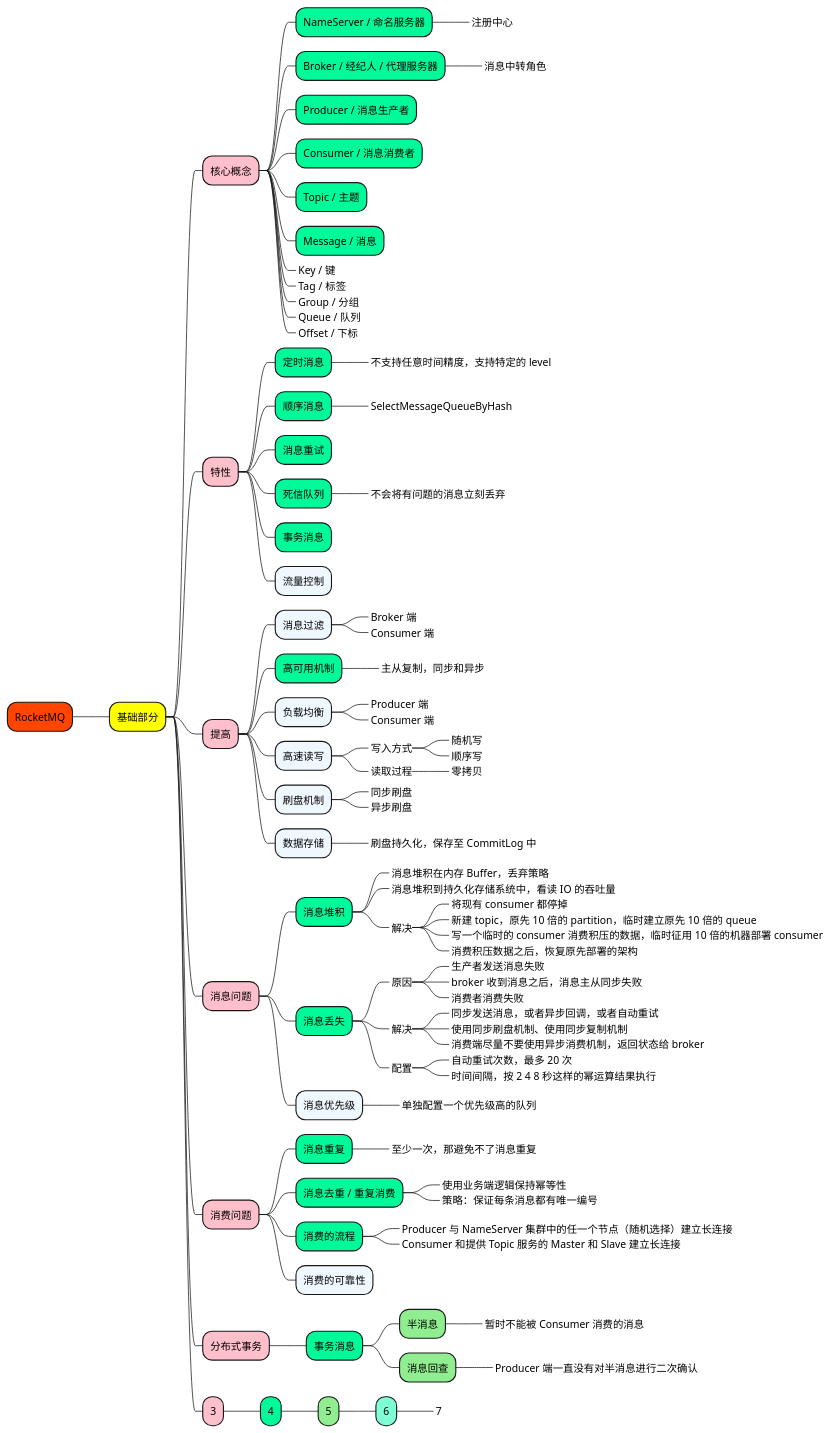
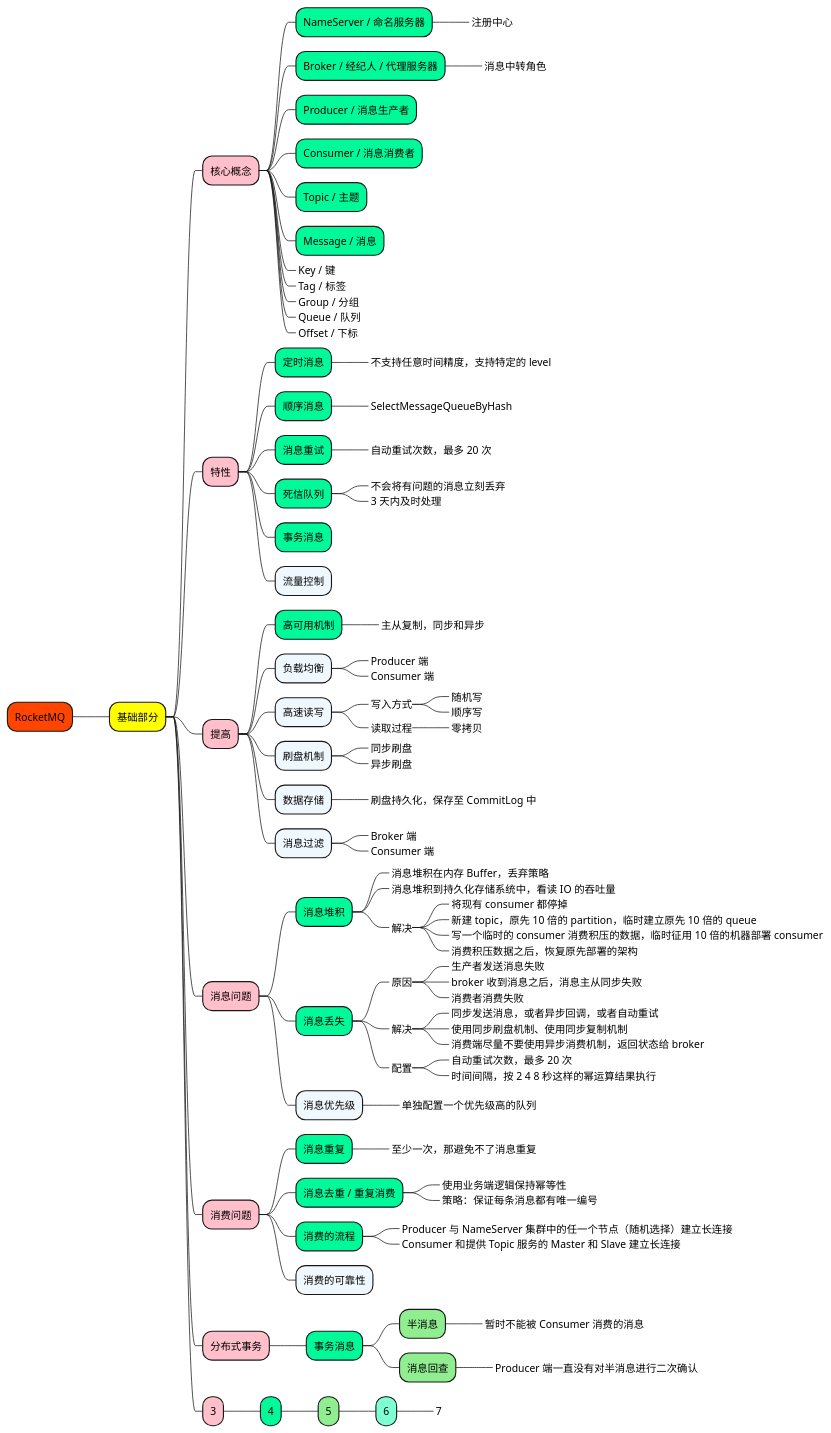
One commit to doveg/self-cultivation-of-a-software-engineer changed the diagram in 1_map/3-middleware/RocketMQ.puml. Above: the diagram before and after it, drawn with PlantUML. The commit also changed 26 other files, not shown here.

```diff
--- a/1_map/3-middleware/RocketMQ.puml
+++ b/1_map/3-middleware/RocketMQ.puml
@@ -1,119 +1,121 @@
 @startmindmap
 
 +[#OrangeRed] RocketMQ
 
 ++[#yellow] 基础部分
 
 +++[#Pink] 核心概念
 ++++[#MediumSpringGreen] NameServer / 命名服务器
 +++++[#GhostWhite]_ 注册中心
 ++++[#MediumSpringGreen] Broker / 经纪人 / 代理服务器
 +++++[#GhostWhite]_ 消息中转角色
 ++++[#MediumSpringGreen] Producer / 消息生产者
 ++++[#MediumSpringGreen] Consumer / 消息消费者
 ++++[#MediumSpringGreen] Topic / 主题
 ++++[#MediumSpringGreen] Message / 消息
 ++++[#AliceBlue]_ Key / 键
 ++++[#AliceBlue]_ Tag / 标签
 ++++[#AliceBlue]_ Group / 分组
 ++++[#AliceBlue]_ Queue / 队列
 ++++[#AliceBlue]_ Offset / 下标
 
 
 +++[#Pink] 特性
 ++++[#MediumSpringGreen] 定时消息
 +++++[#GhostWhite]_ 不支持任意时间精度，支持特定的 level
 ++++[#MediumSpringGreen] 顺序消息
 +++++[#GhostWhite]_ SelectMessageQueueByHash
 ++++[#MediumSpringGreen] 消息重试
++++++[#GhostWhite]_ 自动重试次数，最多 20 次
 ++++[#MediumSpringGreen] 死信队列
 +++++[#GhostWhite]_ 不会将有问题的消息立刻丢弃
++++++[#GhostWhite]_ 3 天内及时处理
 ++++[#MediumSpringGreen] 事务消息
 ++++[#AliceBlue] 流量控制
 
 
 +++[#Pink] 提高
 
-++++[#AliceBlue] 消息过滤
-+++++[#GhostWhite]_ Broker 端
-+++++[#GhostWhite]_ Consumer 端
 ++++[#MediumSpringGreen] 高可用机制
 +++++[#GhostWhite]_ 主从复制，同步和异步
 ++++[#AliceBlue] 负载均衡
 +++++[#GhostWhite]_ Producer 端
 +++++[#GhostWhite]_ Consumer 端
 ++++[#AliceBlue] 高速读写
 +++++[#GhostWhite]_ 写入方式
 ++++++[#LightBlue]_ 随机写
 ++++++[#LightBlue]_ 顺序写
 +++++[#GhostWhite]_ 读取过程
 ++++++[#LightBlue]_ 零拷贝
 ++++[#AliceBlue] 刷盘机制
 +++++[#GhostWhite]_ 同步刷盘
 +++++[#GhostWhite]_ 异步刷盘
 ++++[#AliceBlue] 数据存储
 +++++[#GhostWhite]_ 刷盘持久化，保存至 CommitLog 中
+++++[#AliceBlue] 消息过滤
++++++[#GhostWhite]_ Broker 端
++++++[#GhostWhite]_ Consumer 端
 
 
 +++[#Pink] 消息问题
 
 ++++[#MediumSpringGreen] 消息堆积
 +++++[#GhostWhite]_ 消息堆积在内存 Buffer，丢弃策略
 +++++[#GhostWhite]_ 消息堆积到持久化存储系统中，看读 IO 的吞吐量
 +++++[#GhostWhite]_ 解决
 ++++++[#Aquamarine]_ 将现有 consumer 都停掉
 ++++++[#Aquamarine]_ 新建 topic，原先 10 倍的 partition，临时建立原先 10 倍的 queue
 ++++++[#Aquamarine]_ 写一个临时的 consumer 消费积压的数据，临时征用 10 倍的机器部署 consumer
 ++++++[#Aquamarine]_ 消费积压数据之后，恢复原先部署的架构
 
 ++++[#MediumSpringGreen] 消息丢失
 +++++[#GhostWhite]_ 原因
 ++++++[#Aquamarine]_ 生产者发送消息失败
 ++++++[#Aquamarine]_ broker 收到消息之后，消息主从同步失败
 ++++++[#Aquamarine]_ 消费者消费失败
 +++++[#GhostWhite]_ 解决
 ++++++[#Aquamarine]_ 同步发送消息，或者异步回调，或者自动重试
 ++++++[#Aquamarine]_ 使用同步刷盘机制、使用同步复制机制
 ++++++[#Aquamarine]_ 消费端尽量不要使用异步消费机制，返回状态给 broker
 +++++[#GhostWhite]_ 配置
 ++++++[#Aquamarine]_ 自动重试次数，最多 20 次
 ++++++[#Aquamarine]_ 时间间隔，按 2 4 8 秒这样的幂运算结果执行
 
 ++++[#AliceBlue] 消息优先级
 +++++[#GhostWhite]_ 单独配置一个优先级高的队列
 
 +++[#Pink] 消费问题
 
 ++++[#MediumSpringGreen] 消息重复
 +++++[#GhostWhite]_ 至少一次，那避免不了消息重复
 
 ++++[#MediumSpringGreen] 消息去重 / 重复消费
 +++++[#GhostWhite]_ 使用业务端逻辑保持幂等性
 +++++[#GhostWhite]_ 策略：保证每条消息都有唯一编号
 
 ++++[#MediumSpringGreen] 消费的流程
 +++++[#GhostWhite]_ Producer 与 NameServer 集群中的任一个节点（随机选择）建立长连接
 +++++[#GhostWhite]_ Consumer 和提供 Topic 服务的 Master 和 Slave 建立长连接
 ++++[#AliceBlue] 消费的可靠性
 
 +++[#Pink] 分布式事务
 
 ++++[#MediumSpringGreen] 事务消息
 +++++[#LightGreen] 半消息
 ++++++[#Aquamarine]_ 暂时不能被 Consumer 消费的消息
 +++++[#LightGreen] 消息回查
 ++++++[#Aquamarine]_ Producer 端一直没有对半消息进行二次确认
 
 
 
 +++[#Pink] 3
 
 ++++[#MediumSpringGreen] 4
 +++++[#LightGreen] 5
 ++++++[#Aquamarine] 6
 +++++++[#Aquamarine]_ 7
 
 
 
 
 @endmindmap
```
